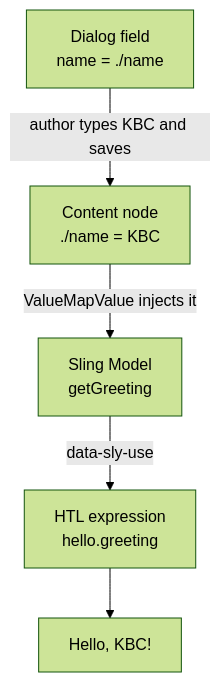
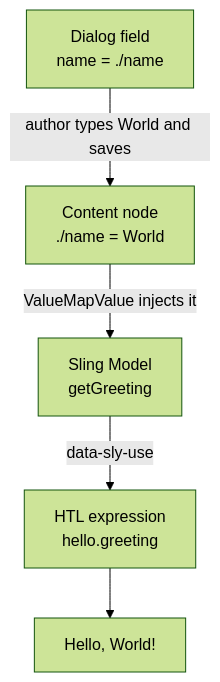
The diagram in src/content/component-creation/03-dialog.mdx (heshassan22/netcentric-academy), drawn with Mermaid (forest theme) before and after one commit. The commit also changed other lines of this file and 3 other files, not shown here.

````diff
--- a/src/content/component-creation/03-dialog.mdx
+++ b/src/content/component-creation/03-dialog.mdx
@@ -89,7 +89,7 @@
 ```mermaid
 flowchart TD
-  D["Dialog field<br/>name = ./name"] -->|author types KBC and saves| C["Content node<br/>./name = KBC"]
+  D["Dialog field<br/>name = ./name"] -->|author types World and saves| C["Content node<br/>./name = World"]
   C -->|ValueMapValue injects it| M["Sling Model<br/>getGreeting"]
   M -->|data-sly-use| H["HTL expression<br/>hello.greeting"]
-  H --> O["Hello, KBC!"]
+  H --> O["Hello, World!"]
 ```
````
